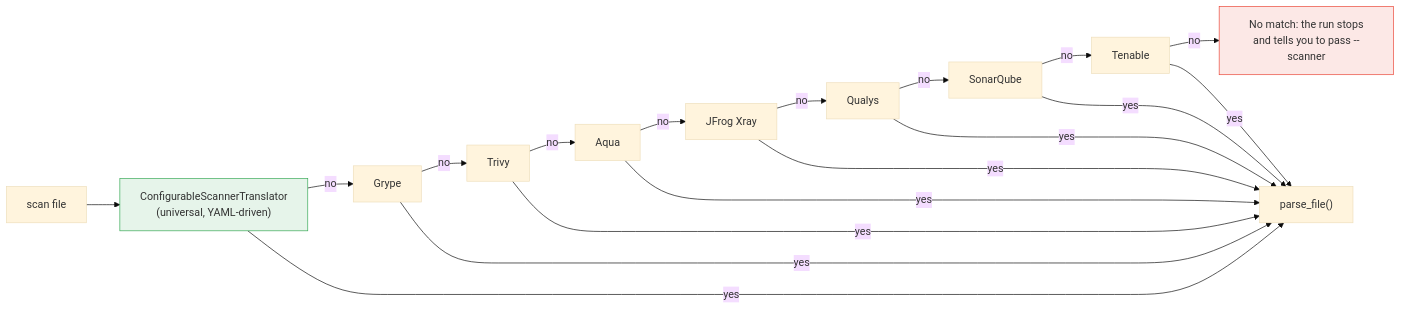
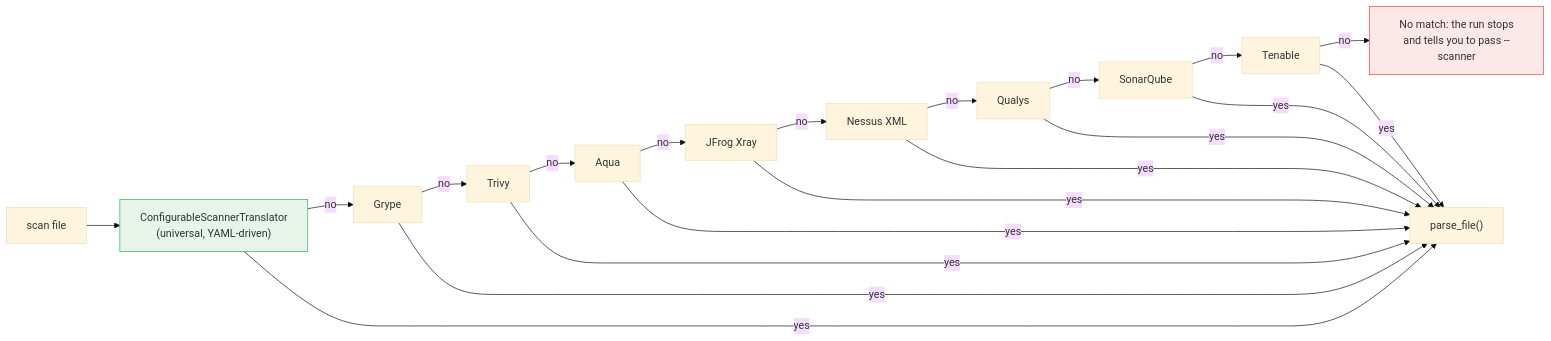
One commit to securityphoenix/Loading-Script changed the third of 4 diagrams in Loading_Script_V5_PUB/README.md. Above: the diagram before and after it, drawn with Mermaid (base theme). The commit also changed other lines of this file and 3 other files, not shown here.

````diff
--- a/Loading_Script_V5_PUB/README.md
+++ b/Loading_Script_V5_PUB/README.md
@@ -119,18 +119,19 @@
 ```mermaid
 flowchart LR
     F["scan file"] --> U["ConfigurableScannerTranslator<br/>(universal, YAML-driven)"]
     U -->|no| G["Grype"] -->|no| T["Trivy"] -->|no| A["Aqua"]
-    A -->|no| J["JFrog Xray"] -->|no| Q["Qualys"] -->|no| S["SonarQube"] -->|no| N["Tenable"]
+    A -->|no| J["JFrog Xray"] -->|no| V["Nessus XML"] -->|no| Q["Qualys"] -->|no| S["SonarQube"] -->|no| N["Tenable"]
     N -->|no| X["No match: the run stops<br/>and tells you to pass --scanner"]
     U -->|yes| W["parse_file()"]
     G -->|yes| W
     T -->|yes| W
     A -->|yes| W
     J -->|yes| W
+    V -->|yes| W
     Q -->|yes| W
     S -->|yes| W
     N -->|yes| W
 
     style U fill:#e6f4ea,stroke:#34a853
     style X fill:#fce8e6,stroke:#ea4335
 ```
````
